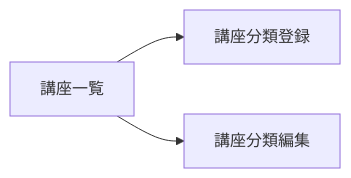
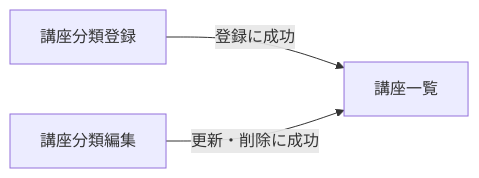
Before and after one commit to yukihiroLaravel/juko_next: the diagram in docs/specs/screens/instructor-tag-form.md, drawn with Mermaid. The commit also changed other lines of this file and 2 other files, not shown here.

````diff
--- a/docs/specs/screens/instructor-tag-form.md
+++ b/docs/specs/screens/instructor-tag-form.md
@@ -44,5 +49,5 @@
 ```mermaid
 flowchart LR
-    list[講座一覧] --> create[講座分類登録]
-    list --> edit[講座分類編集]
+    create[講座分類登録] -->|登録に成功| list[講座一覧]
+    edit[講座分類編集] -->|更新・削除に成功| list
 ```
````
